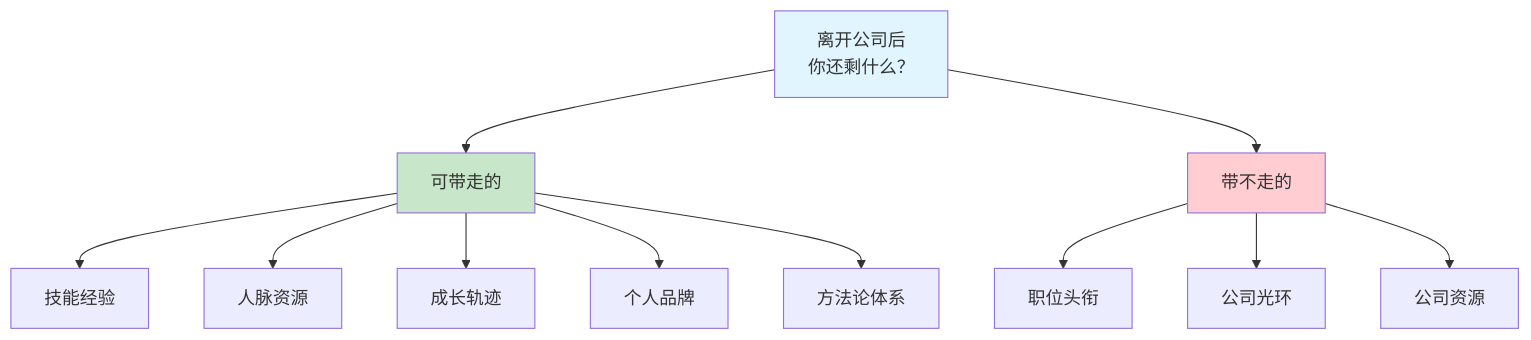
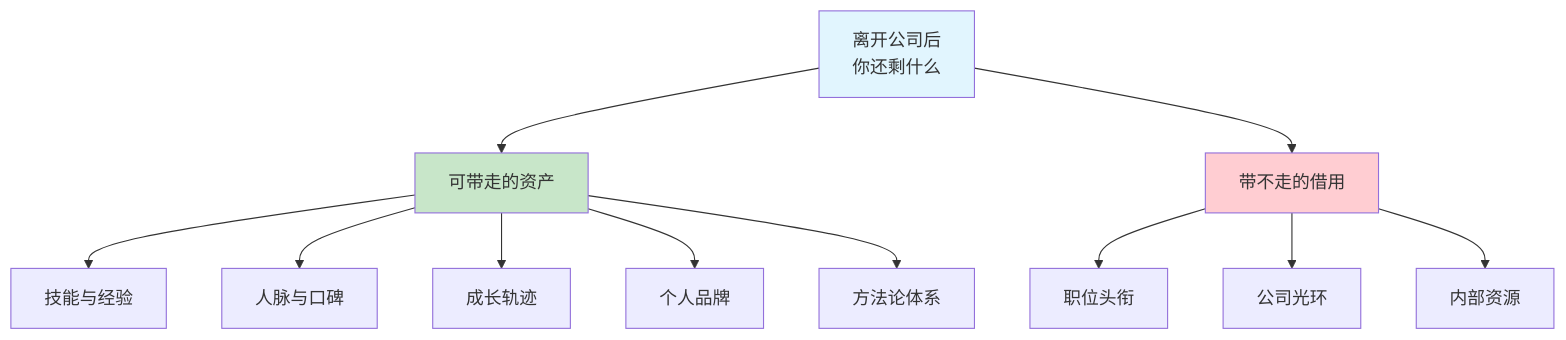
Before and after one commit to chongyang211/YCBookBlog: the second of 2 diagrams in packages/website/13.书籍/04.自我精进·学习/02.认知觉醒/05.经营好自我公司.md, drawn with Mermaid. The commit also changed other lines of this file and 83 other files, not shown here.

````diff
--- a/packages/website/13.书籍/04.自我精进·学习/02.认知觉醒/05.经营好自我公司.md
+++ b/packages/website/13.书籍/04.自我精进·学习/02.认知觉醒/05.经营好自我公司.md
@@ -297,19 +171,16 @@
 ```mermaid
 graph TD
-    A[离开公司后<br/>你还剩什么？] --> B[可带走的]
-    A --> C[带不走的]
-    
-    B --> B1[技能经验]
-    B --> B2[人脉资源]
+    A[离开公司后<br/>你还剩什么] --> B[可带走的资产]
+    A --> C[带不走的借用]
+    B --> B1[技能与经验]
+    B --> B2[人脉与口碑]
     B --> B3[成长轨迹]
     B --> B4[个人品牌]
     B --> B5[方法论体系]
-    
     C --> C1[职位头衔]
     C --> C2[公司光环]
-    C --> C3[公司资源]
-    
+    C --> C3[内部资源]
     style A fill:#e1f5fe
     style B fill:#c8e6c9
     style C fill:#ffcdd2
 ```
````
